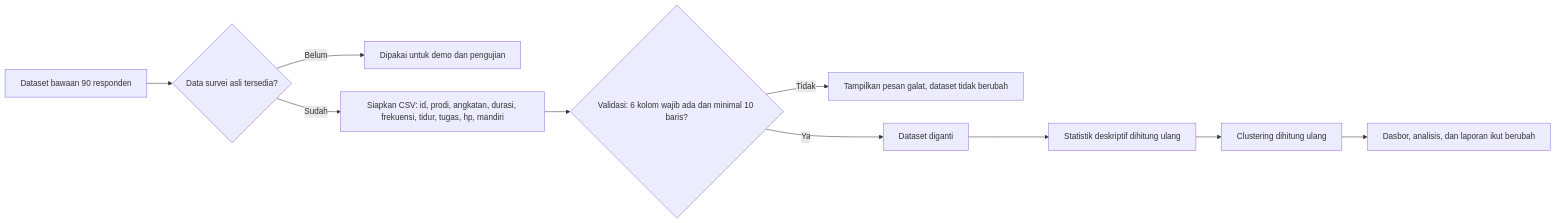
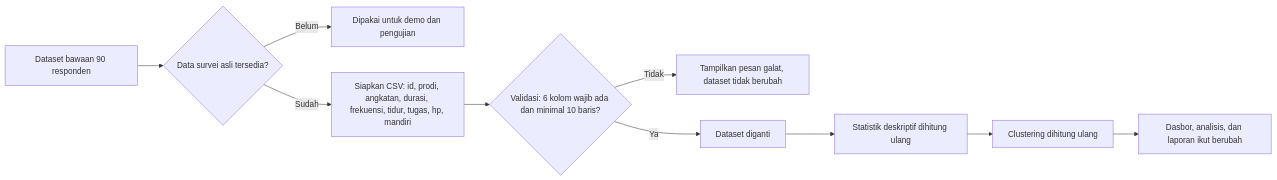
The second of 3 diagrams in laporan/tahap-2-analisis-kebutuhan.md (whitefoxrakka-cloud/studytrack-ssd30-progress), drawn with Mermaid before and after one commit. The commit also changed 2 other files, not shown here.

Commit message:
Hapus arahan init dari diagram: GitHub menolaknya (Unable to render rich display)
Diagram alur tetap versi padat, hanya tanpa arahan wrappingWidth. Gambar PNG
untuk laporan sudah dirender terpisah dengan arahan tersebut.

````diff
--- a/laporan/tahap-2-analisis-kebutuhan.md
+++ b/laporan/tahap-2-analisis-kebutuhan.md
@@ -344,13 +344,12 @@
 ```mermaid
-%%{init: {"flowchart": {"wrappingWidth": 340, "nodeSpacing": 45, "rankSpacing": 50}}}%%
 flowchart LR
     A["Dataset bawaan 90 responden"] --> B{"Data survei asli tersedia?"}
     B -- Belum --> C["Dipakai untuk demo dan pengujian"]
     B -- Sudah --> D["Siapkan CSV: id, prodi, angkatan, durasi, frekuensi, tidur, tugas, hp, mandiri"]
     D --> E{"Validasi: 6 kolom wajib ada dan minimal 10 baris?"}
     E -- Tidak --> F["Tampilkan pesan galat, dataset tidak berubah"]
     E -- Ya --> G["Dataset diganti"]
     G --> H["Statistik deskriptif dihitung ulang"]
     H --> I["Clustering dihitung ulang"]
     I --> J["Dasbor, analisis, dan laporan ikut berubah"]
 ```
````
